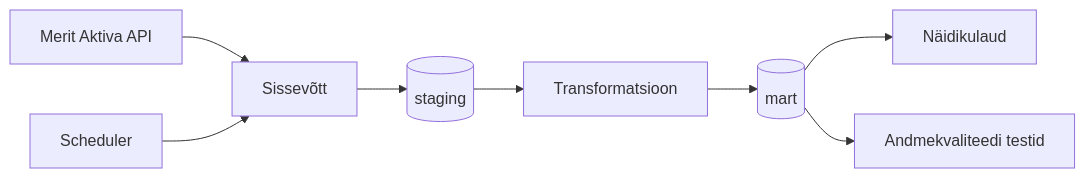
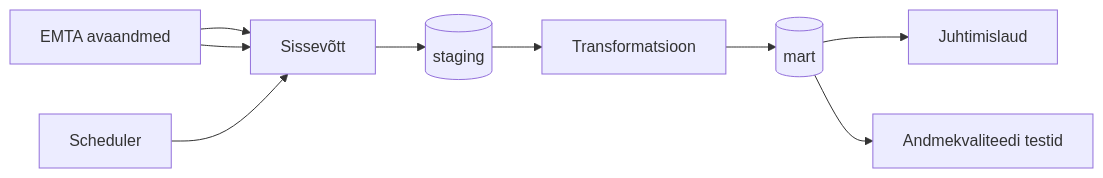
One commit to stev3ns/Ettevotja-juhtimislaud-projektitoo changed the diagram in docs/arhitektuur.md. Above: the diagram before and after it, drawn with Mermaid. The commit also changed other lines of this file, not shown here.

````diff
--- a/docs/arhitektuur.md
+++ b/docs/arhitektuur.md
@@ -25,10 +25,11 @@
 ```mermaid
 flowchart LR
     source[Merit Aktiva API] --> ingest[Sissevõtt]
+    source[EMTA avaandmed] --> ingest[Sissevõtt]
     ingest --> staging[(staging)]
     staging --> transform[Transformatsioon]
     transform --> mart[(mart)]
-    mart --> dashboard[Näidikulaud]
+    mart --> dashboard[Juhtimislaud]
     mart --> quality[Andmekvaliteedi testid]
     scheduler[Scheduler] --> ingest
 ```
````
